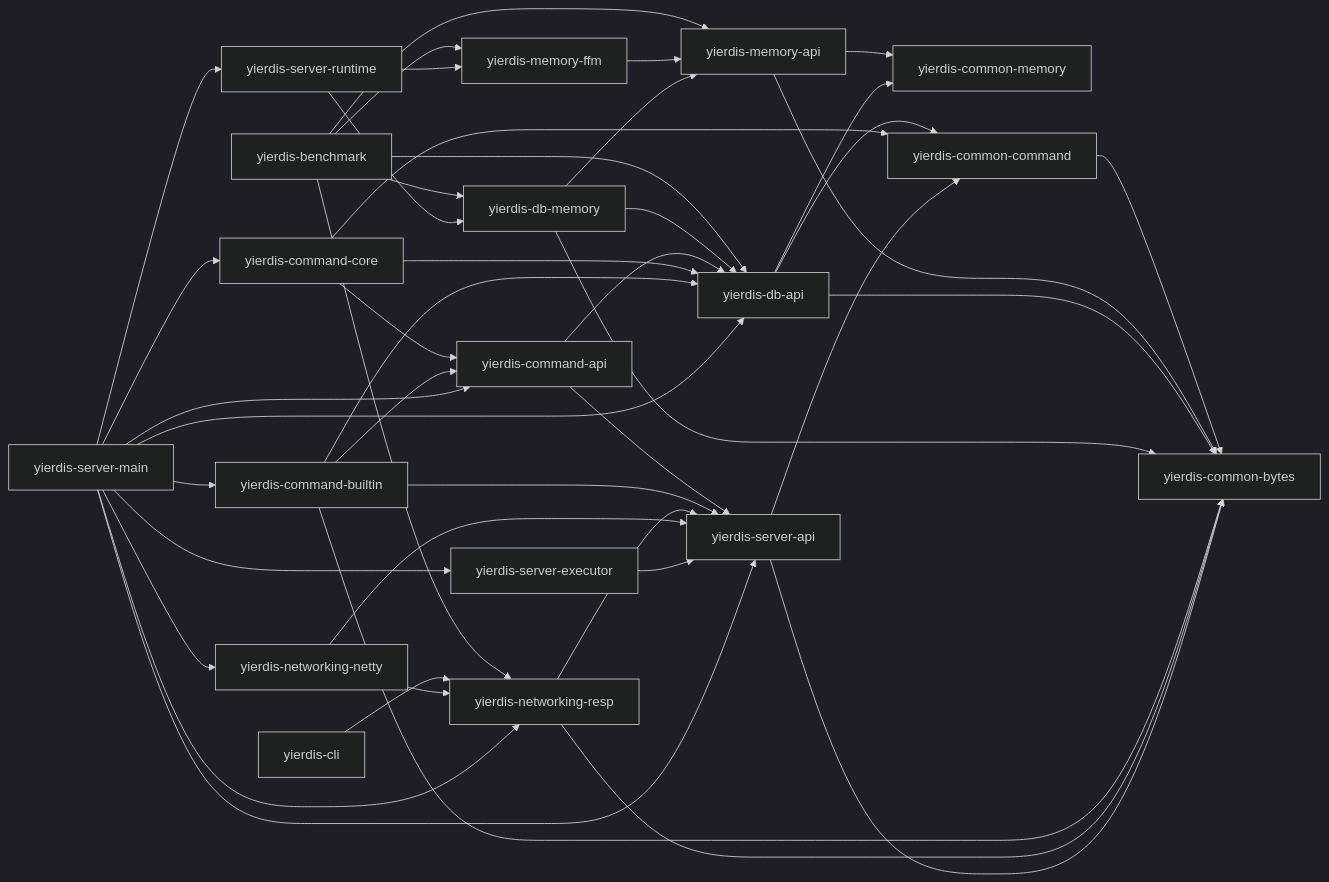
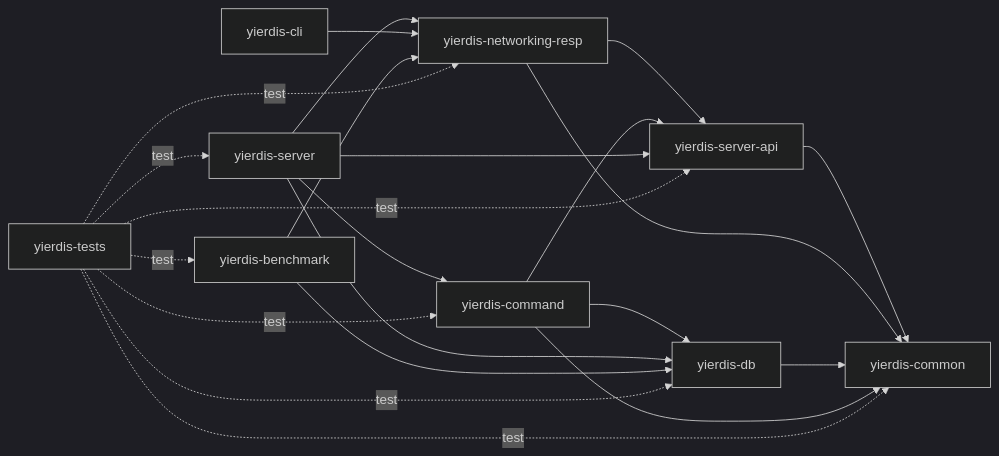
One commit to skt-shinyruo/Yierdis changed the diagram in docs/project-docs/module-architecture.md. Above: the diagram before and after it, drawn with Mermaid (dark theme). The commit also changed other lines of this file and 815 other files, not shown here.

Commit message:
Simplify architecture and remove dead abstractions

````diff
--- a/docs/project-docs/module-architecture.md
+++ b/docs/project-docs/module-architecture.md
@@ -9,72 +9,35 @@
 ```mermaid
 flowchart LR
-  serverMain["yierdis-server-main"]
-  serverExecutor["yierdis-server-executor"]
-  serverRuntime["yierdis-server-runtime"]
+  common["yierdis-common"]
+  resp["yierdis-networking-resp"]
   serverApi["yierdis-server-api"]
-  netty["yierdis-networking-netty"]
-  resp["yierdis-networking-resp"]
-  commandBuiltin["yierdis-command-builtin"]
-  commandCore["yierdis-command-core"]
-  commandApi["yierdis-command-api"]
-  dbMemory["yierdis-db-memory"]
-  dbApi["yierdis-db-api"]
-  memoryFfm["yierdis-memory-ffm"]
-  memoryApi["yierdis-memory-api"]
-  commonBytes["yierdis-common-bytes"]
-  commonMemory["yierdis-common-memory"]
-  commonCommand["yierdis-common-command"]
+  server["yierdis-server"]
+  command["yierdis-command"]
+  db["yierdis-db"]
   cli["yierdis-cli"]
   benchmark["yierdis-benchmark"]
+  tests["yierdis-tests"]
 
-  serverMain --> serverApi
-  serverMain --> dbApi
-  serverMain --> commandApi
-  serverMain --> commandCore
-  serverMain --> commandBuiltin
-  serverMain --> resp
-  serverMain --> netty
-  serverMain --> serverRuntime
-  serverMain --> serverExecutor
+  serverApi --> common
+  resp --> common
+  resp --> serverApi
+  db --> common
+  command --> common
+  command --> serverApi
+  command --> db
+  server --> serverApi
+  server --> command
+  server --> db
+  server --> resp
+  cli --> resp
+  benchmark --> db
+  benchmark --> resp
 
-  serverExecutor --> serverApi
-  serverApi --> commonBytes
-  serverApi --> commonCommand
-
-  serverRuntime --> dbMemory
-  serverRuntime --> memoryFfm
-
-  netty --> resp
-  netty --> serverApi
-  resp --> commonBytes
-  resp --> serverApi
-
-  commandBuiltin --> commandApi
-  commandBuiltin --> serverApi
-  commandBuiltin --> dbApi
-  commandBuiltin --> commonBytes
-  commandCore --> commandApi
-  commandCore --> dbApi
-  commandCore --> commonCommand
-  commandApi --> serverApi
-  commandApi --> dbApi
-
-  dbMemory --> dbApi
-  dbMemory --> commonBytes
-  dbMemory --> memoryApi
-  dbApi --> commonBytes
-  dbApi --> commonMemory
-  dbApi --> commonCommand
-
-  memoryFfm --> memoryApi
-  memoryApi --> commonMemory
-  memoryApi --> commonBytes
-  commonCommand --> commonBytes
-
-  cli --> resp
-  benchmark --> dbMemory
-  benchmark --> dbApi
-  benchmark --> memoryApi
-  benchmark --> memoryFfm
-  benchmark --> resp
+  tests -. test .-> benchmark
+  tests -. test .-> common
+  tests -. test .-> serverApi
+  tests -. test .-> server
+  tests -. test .-> command
+  tests -. test .-> db
+  tests -. test .-> resp
 ```
````
